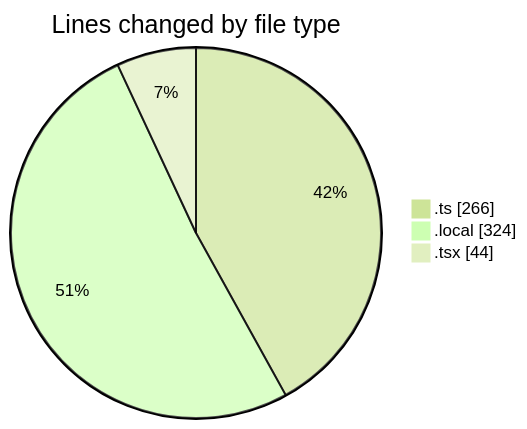
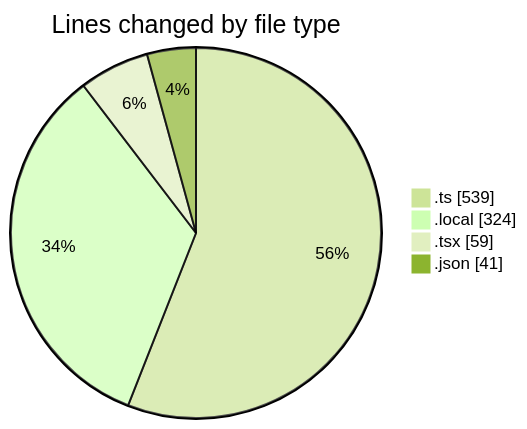
The first of 2 diagrams in 2025-05-20/fixme24/README.md (FixMe24/code-tracking), drawn with Mermaid (forest theme) before and after one commit. The commit also changed other lines of this file and 1 other file, not shown here.

````diff
--- a/2025-05-20/fixme24/README.md
+++ b/2025-05-20/fixme24/README.md
@@ -26,7 +30,8 @@
 ```mermaid
 pie showData
 title Lines changed by file type
-".ts" : 266
+".ts" : 539
 ".local" : 324
-".tsx" : 44
+".tsx" : 59
+".json" : 41
 ```
````
